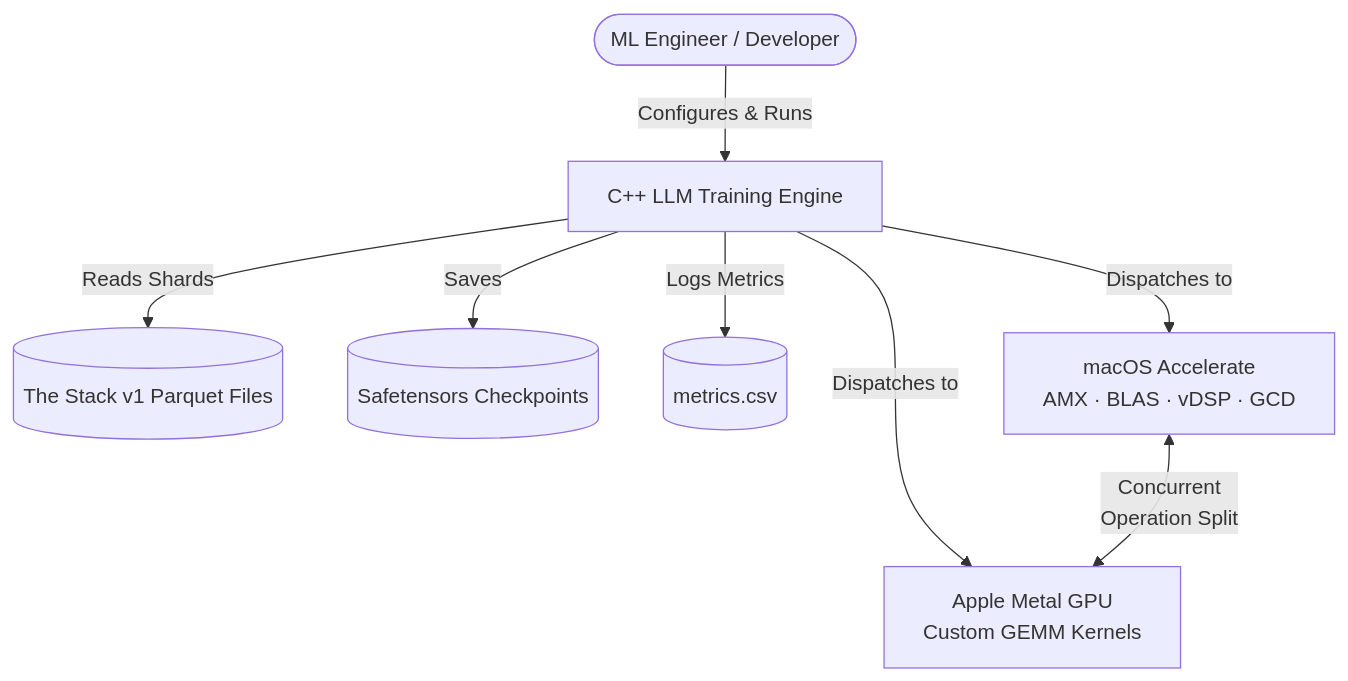
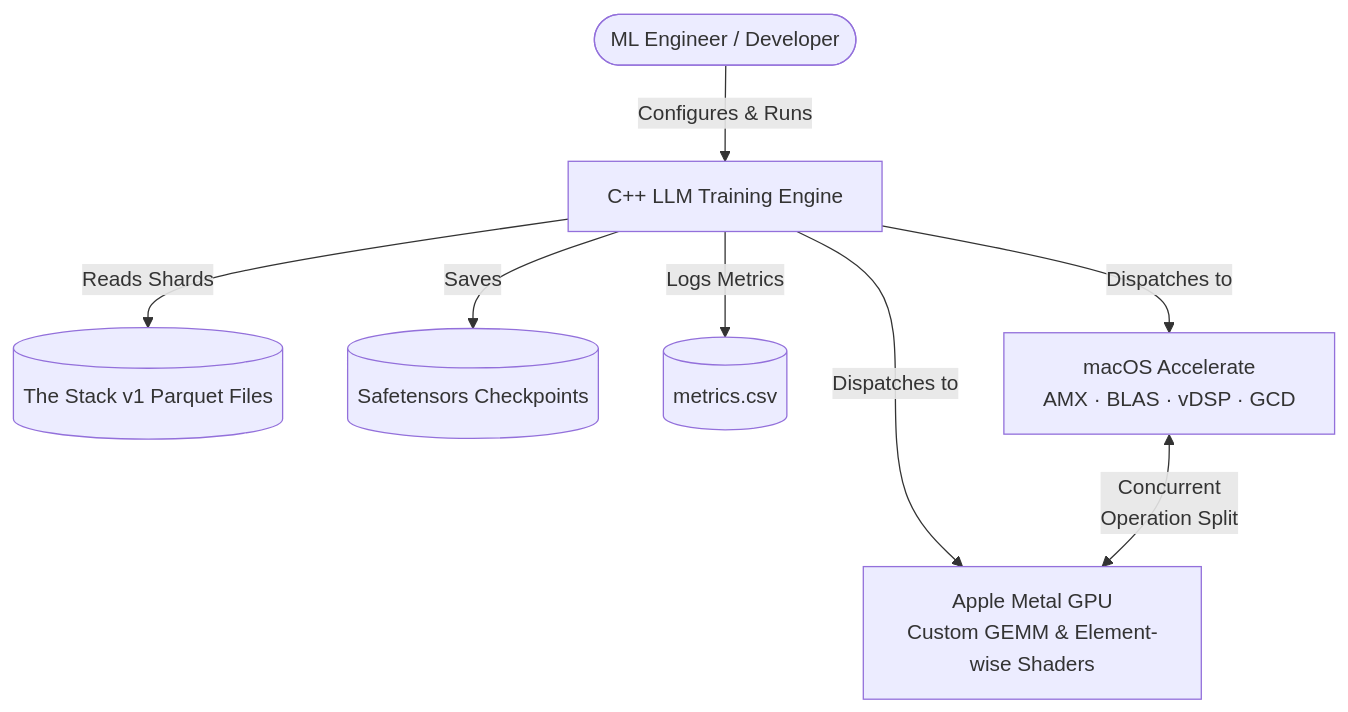
The first of 3 diagrams in cpp/doc/c4_sprint_plan.md (rahul238xaviers/large-language-model), drawn with Mermaid before and after one commit. The commit also changed other lines of this file and 7 other files, not shown here.

````diff
--- a/cpp/doc/c4_sprint_plan.md
+++ b/cpp/doc/c4_sprint_plan.md
@@ -16,10 +16,10 @@
 ```mermaid
 graph TD
     User([ML Engineer / Developer]) -->|Configures & Runs| Engine[C++ LLM Training Engine]
     Engine -->|Reads Shards| ParquetData[(The Stack v1 Parquet Files)]
     Engine -->|Saves| Checkpoints[(Safetensors Checkpoints)]
     Engine -->|Logs Metrics| CSVLogs[(metrics.csv)]
     Engine -->|Dispatches to| CPU[macOS Accelerate\nAMX · BLAS · vDSP · GCD]
-    Engine -->|Dispatches to| GPU[Apple Metal GPU\nCustom GEMM Kernels]
+    Engine -->|Dispatches to| GPU[Apple Metal GPU\nCustom GEMM & Element-wise Shaders]
     CPU <-->|Concurrent\nOperation Split| GPU
 ```
````
